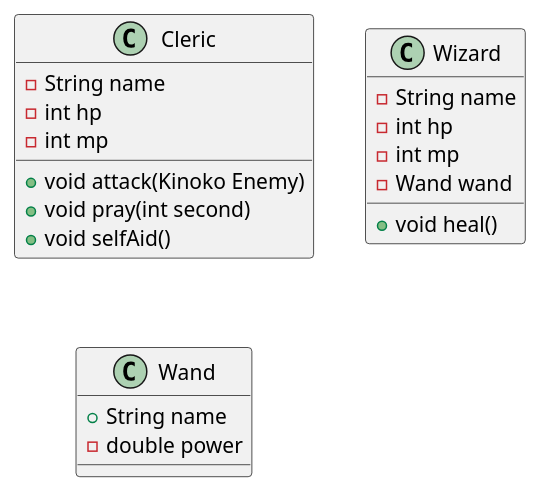
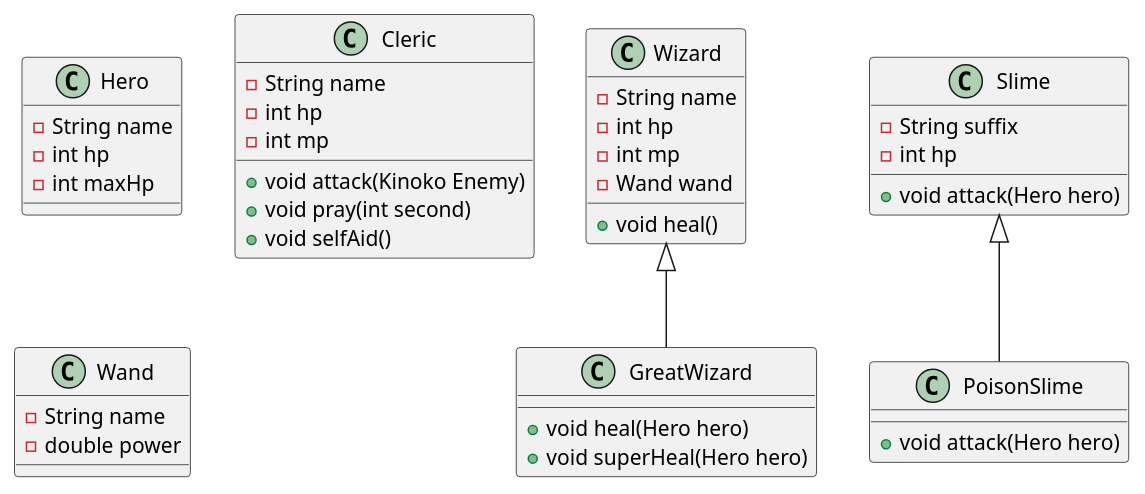
Before and after one commit to SurvivalCodingCampus/polytech_java_study: the diagram in src/main/java/com/survivalcoding/Game.puml, drawn with PlantUML.

Commit message:
chores? : PlantUML updated

```diff
--- a/src/main/java/com/survivalcoding/Game.puml
+++ b/src/main/java/com/survivalcoding/Game.puml
@@ -1,28 +1,50 @@
 @startuml
 Scale 1
+
+class Hero {
+    - String name
+    - int hp
+    - int maxHp
+}
 
 class Cleric {
     - String name
     - int hp
     - int mp
 
     + void attack(Kinoko Enemy)
     + void pray(int second)
     + void selfAid()
 }
 
 class Wizard {
     - String name
     - int hp
     - int mp
     - Wand wand
 
     + void heal()
 }
 
+class GreatWizard extends Wizard {
+    + void heal(Hero hero)
+    + void superHeal(Hero hero)
+}
+
 class Wand {
-    + String name
+    - String name
     - double power
 }
 
+class Slime {
+    - String suffix
+    - int hp
+
+    + void attack(Hero hero)
+}
+
+class PoisonSlime extends Slime {
+    + void attack(Hero hero)
+}
+
 @enduml
```
